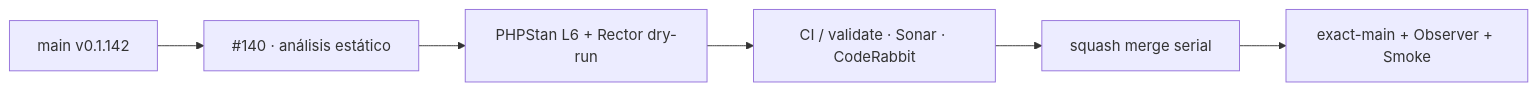
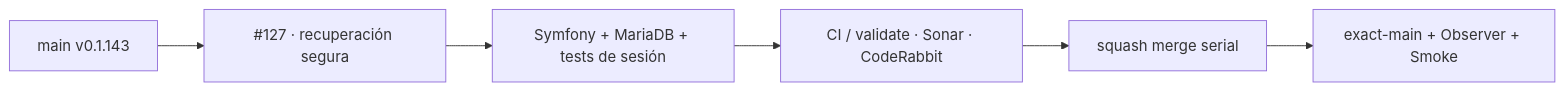
Before and after one commit to pl0n3r/GrindFlow: the diagram in README.md, drawn with Mermaid. The commit also changed other lines of this file and 23 other files, not shown here.

Commit message:
feat(security): recuperación segura de contraseña admin v0.1.144

````diff
--- a/README.md
+++ b/README.md
@@ -45,8 +45,8 @@
 ```mermaid
 flowchart LR
-  A["main v0.1.142"] --> P["#140 · análisis estático"]
-  P --> Q["PHPStan L6 + Rector dry-run"]
+  A["main v0.1.143"] --> P["#127 · recuperación segura"]
+  P --> Q["Symfony + MariaDB + tests de sesión"]
   Q --> V["CI / validate · Sonar · CodeRabbit"]
   V --> M["squash merge serial"]
   M --> X["exact-main + Observer + Smoke"]
 ```
````
